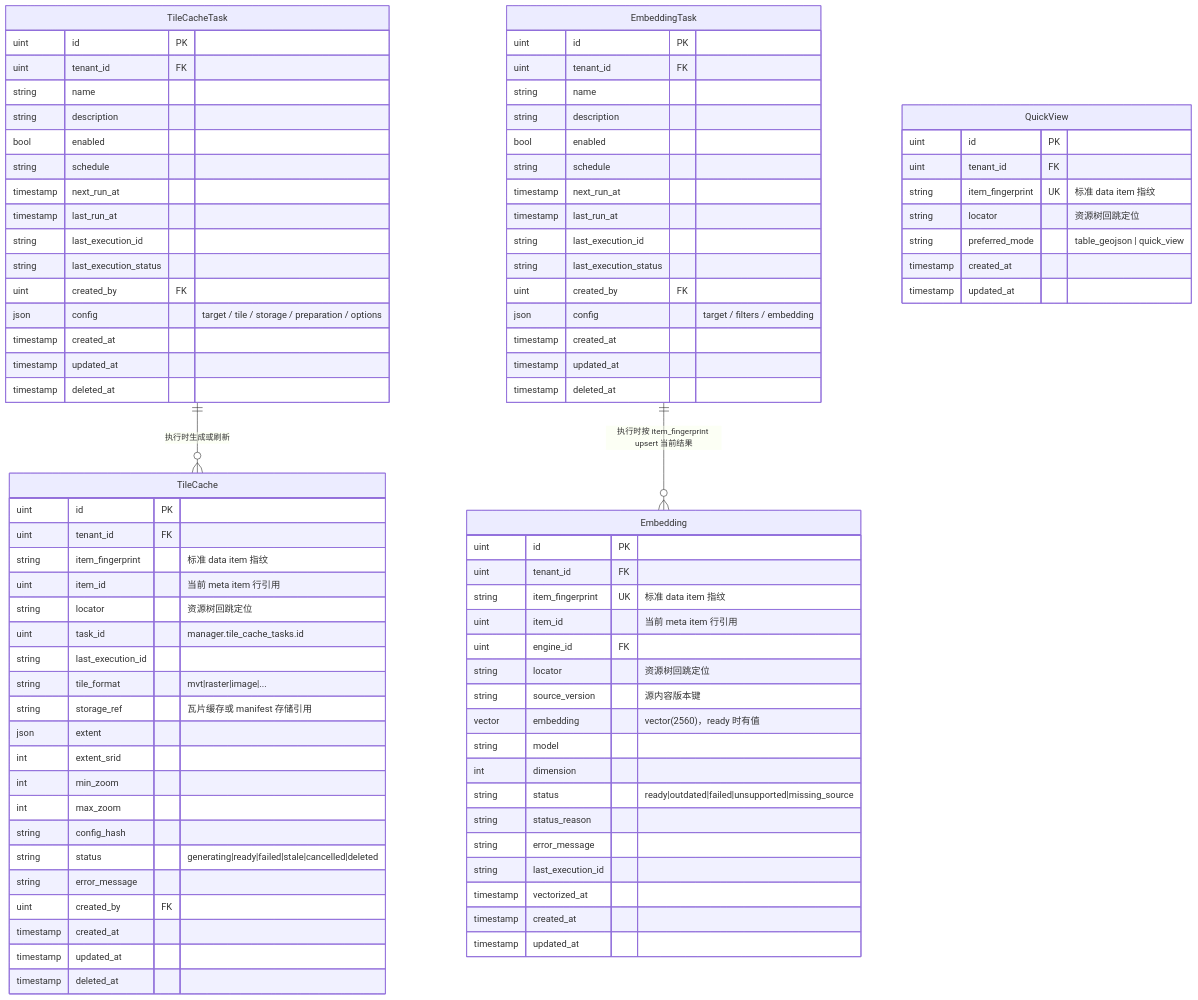
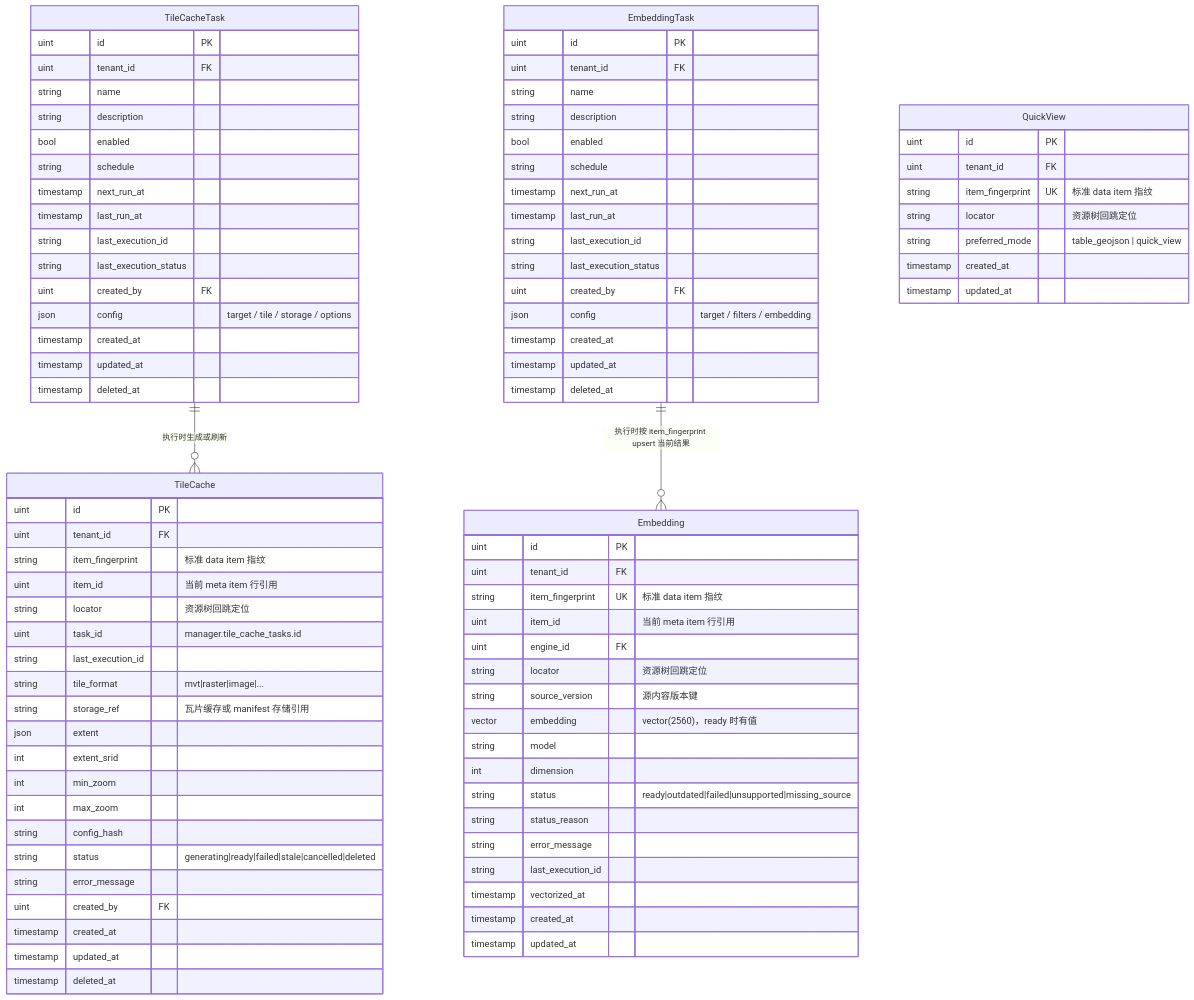
Before and after one commit to pampa0629/addp: the third of 9 diagrams in docs/concepts/addp核心对象ER图（元模型）.md, drawn with Mermaid. The commit also changed other lines of this file and 35 other files, not shown here.

```diff
--- a/docs/concepts/addp核心对象ER图（元模型）.md
+++ b/docs/concepts/addp核心对象ER图（元模型）.md
@@ -569,7 +569,7 @@
         string last_execution_id
         string last_execution_status
         uint created_by FK
-        json config "target / tile / storage / preparation / options"
+        json config "target / tile / storage / options"
         timestamp created_at
         timestamp updated_at
         timestamp deleted_at
```
